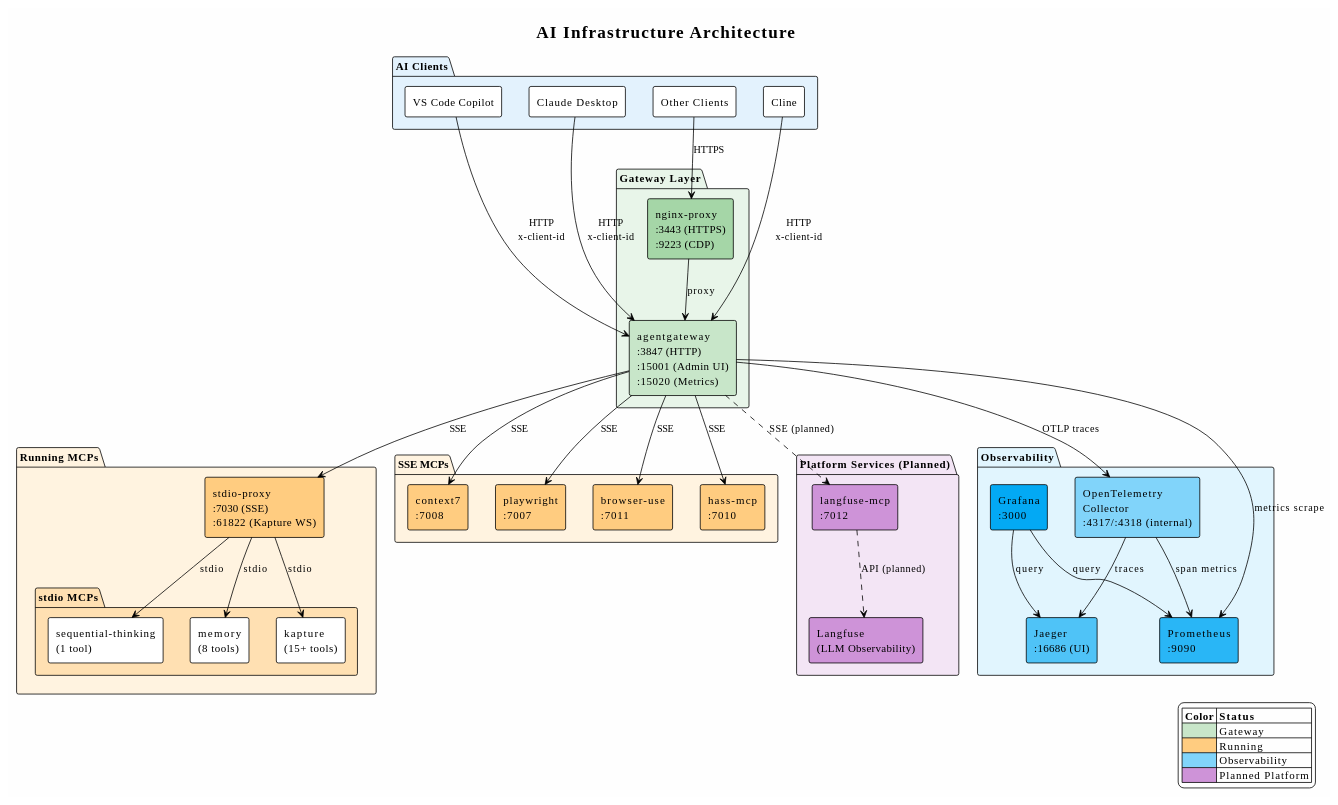
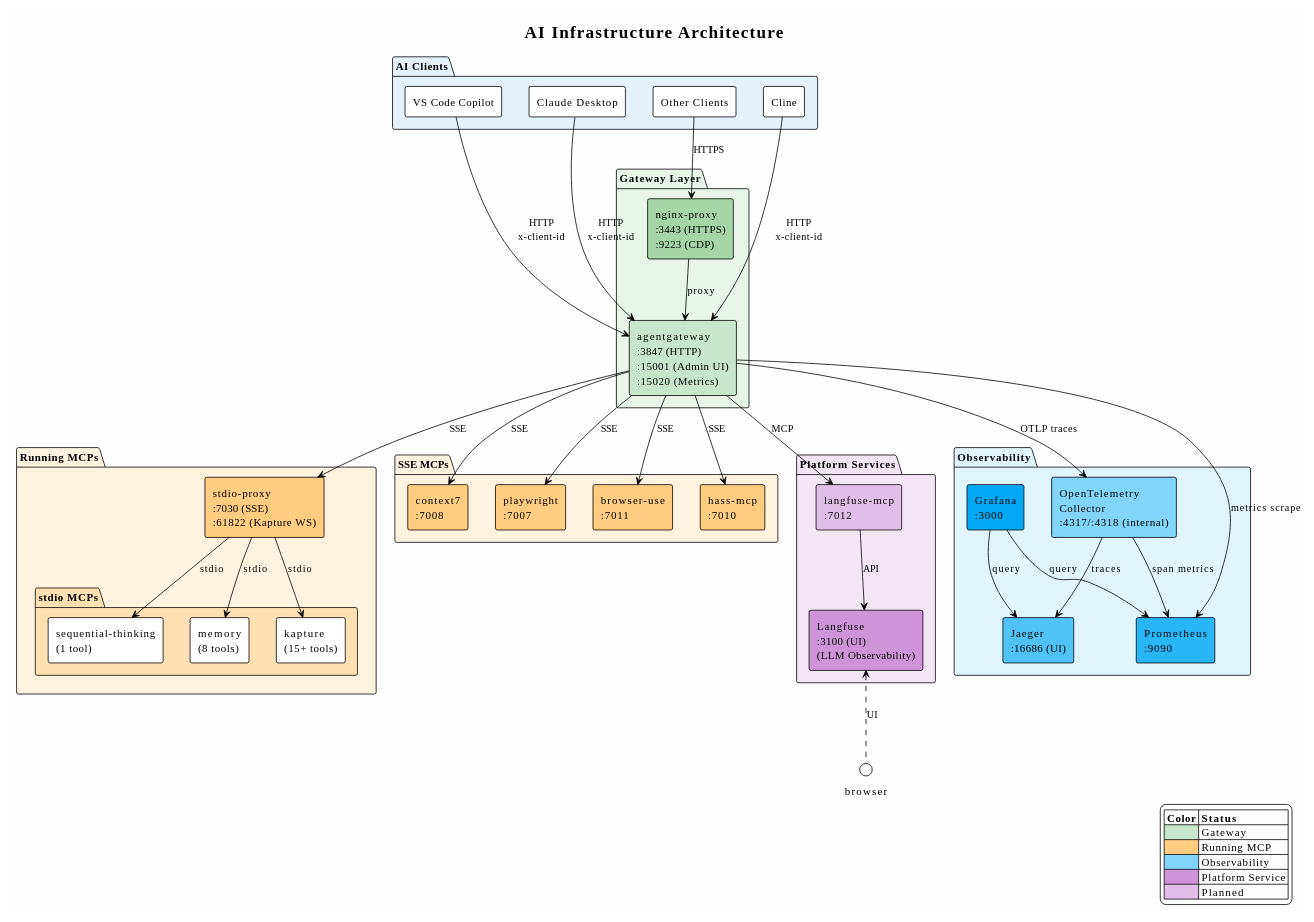
One commit to bobthearsonist/ai-infrastructure changed the first of 2 diagrams in README.md. Above: the diagram before and after it, drawn with PlantUML. The commit also changed other lines of this file and 18 other files, not shown here.

First line of the commit message:
feat: add Langfuse platform and consolidate services

```diff
--- a/README.md
+++ b/README.md
@@ -47,9 +47,9 @@
 }
 
 ' === Platform Services ===
-package "Platform Services (Planned)" as platform #F3E5F5 {
-  [Langfuse\n(LLM Observability)] as langfuse #CE93D8
-  [langfuse-mcp\n:7012] as langfuse_mcp #CE93D8
+package "Platform Services" as platform #F3E5F5 {
+  [Langfuse\n:3100 (UI)\n(LLM Observability)] as langfuse #CE93D8
+  [langfuse-mcp\n:7012] as langfuse_mcp #E1BEE7
 }
 
 ' === Observability Stack ===
@@ -76,7 +76,7 @@
 agentgateway --> playwright : SSE
 agentgateway --> browser_use : SSE
 agentgateway --> hass_mcp : SSE
-agentgateway ..> langfuse_mcp : SSE (planned)
+agentgateway --> langfuse_mcp : MCP
 
 ' stdio-proxy to stdio MCPs
 stdio_proxy --> seq_think : stdio
@@ -84,7 +84,10 @@
 stdio_proxy --> kapture_mcp : stdio
 
 ' Langfuse MCP to Langfuse platform
-langfuse_mcp ..> langfuse : API (planned)
+langfuse_mcp --> langfuse : API
+
+' Browser to Langfuse
+browser .up.> langfuse : UI
 
 ' Observability connections
 agentgateway --> otel : OTLP traces
@@ -98,9 +101,10 @@
 legend right
   |= Color |= Status |
   | <#C8E6C9> | Gateway |
-  | <#FFCC80> | Running |
+  | <#FFCC80> | Running MCP |
   | <#81D4FA> | Observability |
-  | <#CE93D8> | Planned Platform |
+  | <#CE93D8> | Platform Service |
+  | <#E1BEE7> | Planned |
 endlegend
 
 @enduml
```
